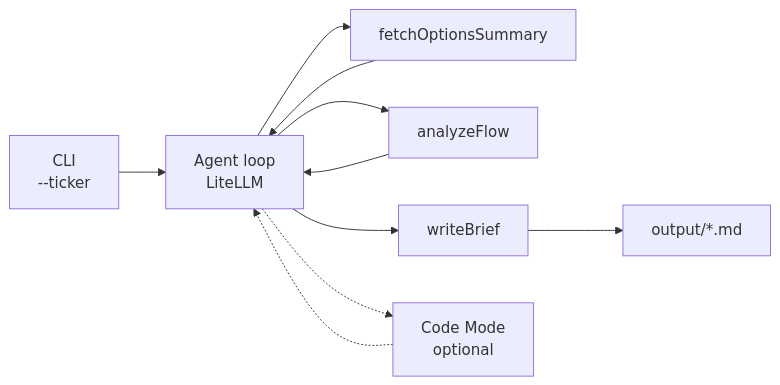
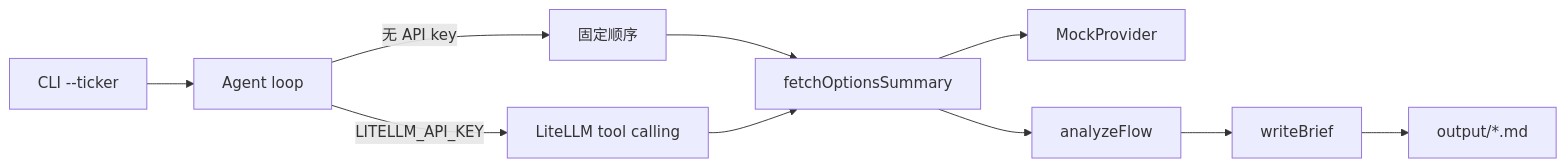
Before and after one commit to Steadylove/options-flow-agent: the diagram in README.md, drawn with Mermaid. The commit also changed other lines of this file and 19 other files, not shown here.

First line of the commit message:
feat: TypeScript Week1 MVP with MockProvider

````diff
--- a/README.md
+++ b/README.md
@@ -37,12 +39,12 @@
 ```mermaid
 flowchart LR
-  CLI["CLI<br/>--ticker"] --> Loop["Agent loop<br/>LiteLLM"]
-  Loop --> Fetch["fetchOptionsSummary"]
-  Loop --> Analyze["analyzeFlow"]
-  Loop --> Write["writeBrief"]
-  Loop -.-> Code["Code Mode<br/>optional"]
-  Fetch --> Loop
-  Analyze --> Loop
-  Code -.-> Loop
+  CLI["CLI --ticker"] --> Loop["Agent loop"]
+  Loop -->|无 API key| Det["固定顺序"]
+  Loop -->|LITELLM_API_KEY| LLM["LiteLLM tool calling"]
+  Det --> Fetch["fetchOptionsSummary"]
+  LLM --> Fetch
+  Fetch --> Mock["MockProvider"]
+  Fetch --> Analyze["analyzeFlow"]
+  Analyze --> Write["writeBrief"]
   Write --> MD["output/*.md"]
 ```
````
